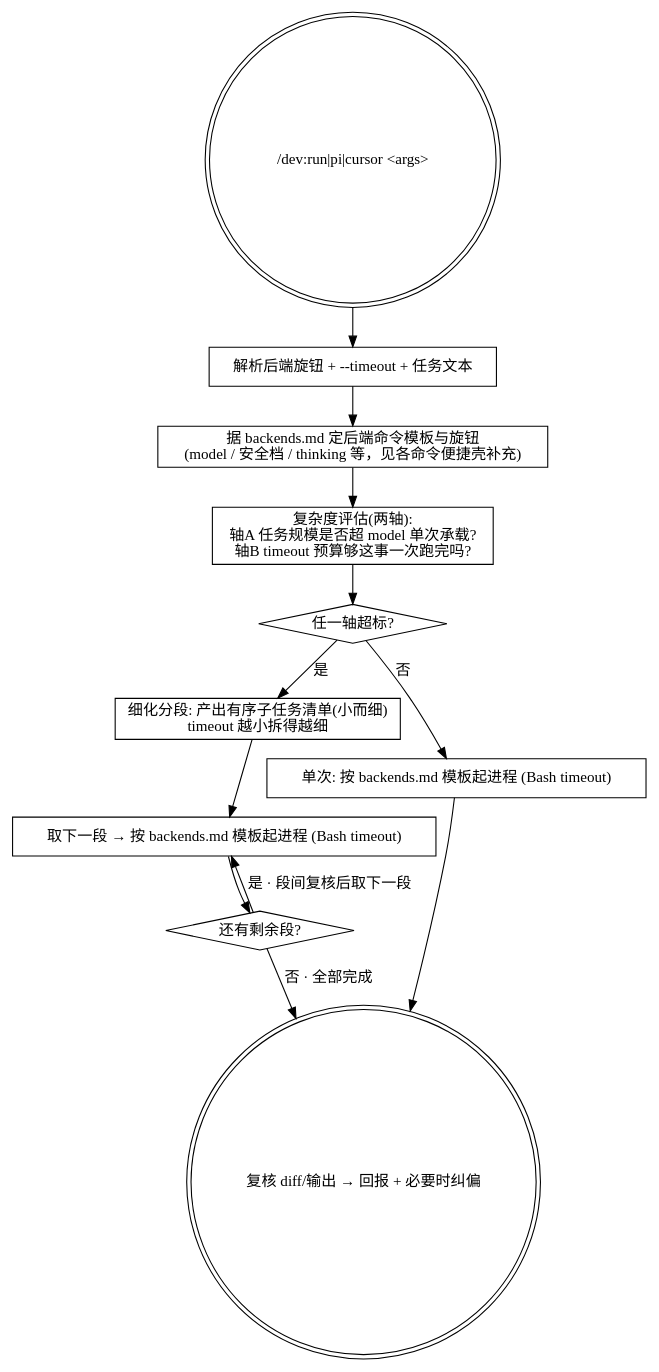
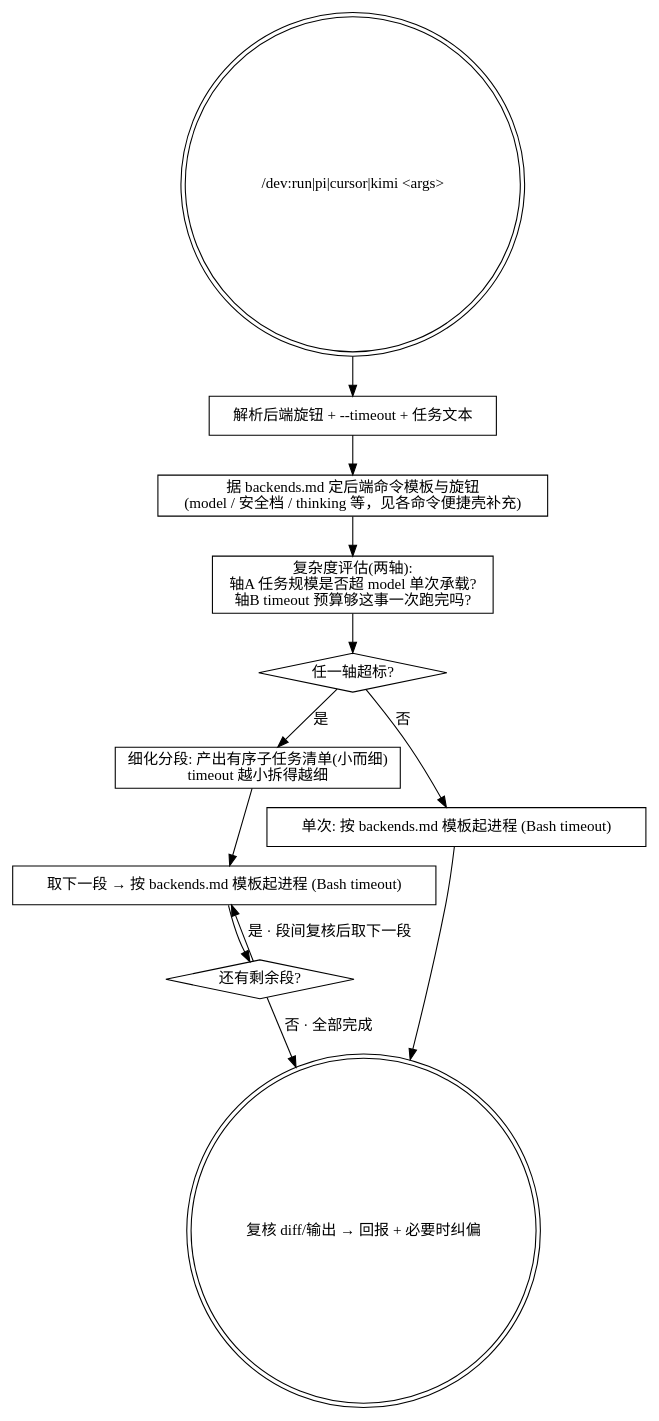
The diagram in extensions/claude-code/dev/references/orchestration.md (xnightsky/x-promptkit), drawn with Graphviz before and after one commit. The commit also changed other lines of this file and 22 other files, not shown here.

First line of the commit message:
feat(dev): dev:* 新增 kimi（Kimi Code CLI）后端 + /dev:kimi 便捷壳

````diff
--- a/extensions/claude-code/dev/references/orchestration.md
+++ b/extensions/claude-code/dev/references/orchestration.md
@@ -16,23 +16,23 @@
 ```dot
 digraph handoff {
     rankdir=TB;
-    start  [shape=doublecircle, label="/dev:run|pi|cursor <args>"];
+    start  [shape=doublecircle, label="/dev:run|pi|cursor|kimi <args>"];
     parse  [shape=box, label="解析后端旋钮 + --timeout + 任务文本"];
     resolve[shape=box, label="据 backends.md 定后端命令模板与旋钮\n(model / 安全档 / thinking 等，见各命令便捷壳补充)"];
     gate   [shape=box, label="复杂度评估(两轴):\n轴A 任务规模是否超 model 单次承载?\n轴B timeout 预算够这事一次跑完吗?"];
     over   [shape=diamond, label="任一轴超标?"];
     split  [shape=box, label="细化分段: 产出有序子任务清单(小而细)\ntimeout 越小拆得越细"];
     seg    [shape=box, label="取下一段 → 按 backends.md 模板起进程 (Bash timeout)"];
     more   [shape=diamond, label="还有剩余段?"];
     single [shape=box, label="单次: 按 backends.md 模板起进程 (Bash timeout)"];
     done   [shape=doublecircle, label="复核 diff/输出 → 回报 + 必要时纠偏"];
 
     start -> parse -> resolve -> gate -> over;
     over  -> split  [label="是"];
     over  -> single [label="否"];
     split -> seg -> more;
     more  -> seg    [label="是 · 段间复核后取下一段"];
     more  -> done   [label="否 · 全部完成"];
     single -> done;
 }
 ```
````
